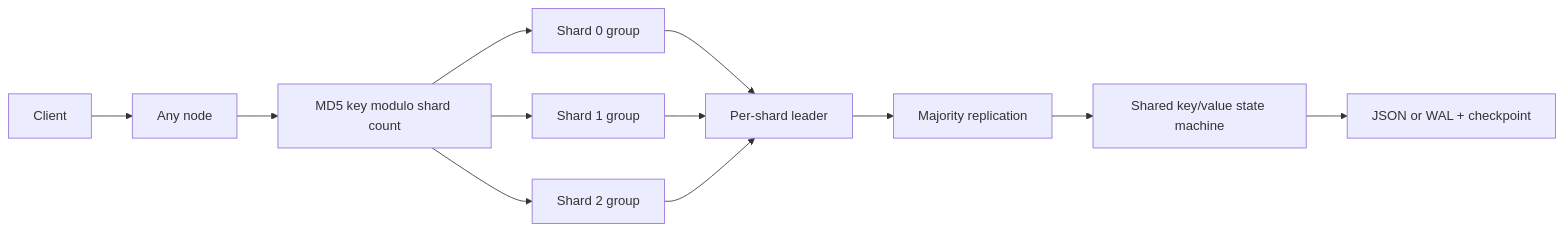
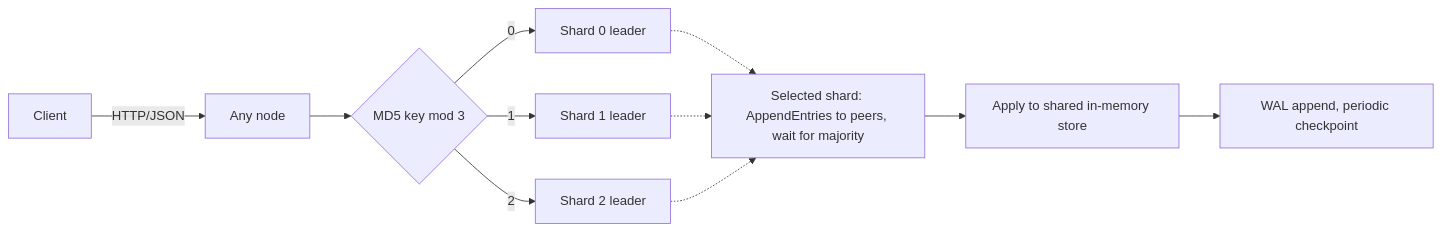
One commit to 96528025/distributed-kv changed the diagram in README.md. Above: the diagram before and after it, drawn with Mermaid. The commit also changed other lines of this file and 1 other file, not shown here.

First line of the commit message:
docs: state benchmark results, fix shard diagram, guard benchmark outdir (#11)

````diff
--- a/README.md
+++ b/README.md
@@ -33,14 +79,13 @@
 ```mermaid
 flowchart LR
-    C[Client] --> N[Any node]
-    N --> H[MD5 key modulo shard count]
-    H --> S0[Shard 0 group]
-    H --> S1[Shard 1 group]
-    H --> S2[Shard 2 group]
-    S0 --> L[Per-shard leader]
-    S1 --> L
-    S2 --> L
-    L --> Q[Majority replication]
-    Q --> M[Shared key/value state machine]
-    M --> P[JSON or WAL + checkpoint]
+    C[Client] -->|HTTP/JSON| N[Any node]
+    N --> H{MD5 key mod 3}
+    H -->|0| S0[Shard 0 leader]
+    H -->|1| S1[Shard 1 leader]
+    H -->|2| S2[Shard 2 leader]
+    S0 -.-> Q
+    S1 -.-> Q
+    S2 -.-> Q
+    Q[Selected shard: AppendEntries to peers, wait for majority] --> A[Apply to shared in-memory store]
+    A --> P[WAL append, periodic checkpoint]
 ```
````
